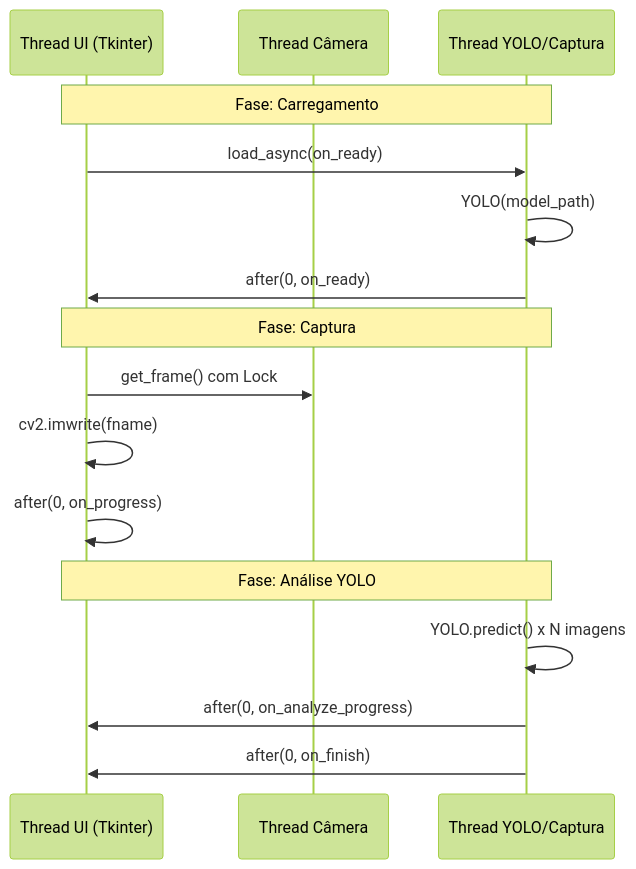
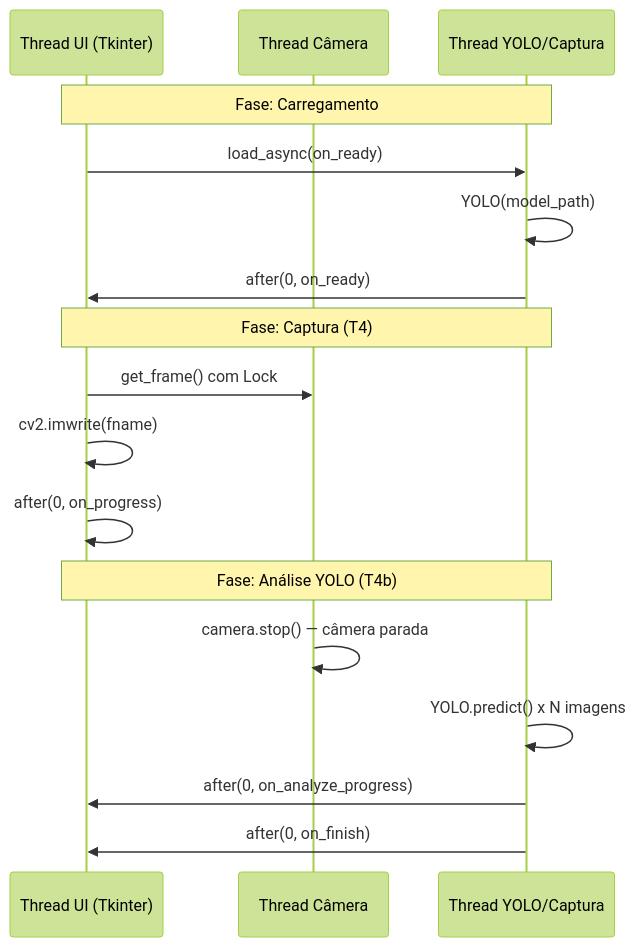
Before and after one commit to MYuri-beck/visual-detect: the eighth of 10 diagrams in docs/dev/MANUAL_TECNICO.md, drawn with Mermaid (forest theme). The commit also changed other lines of this file and 2 other files, not shown here.

````diff
--- a/docs/dev/MANUAL_TECNICO.md
+++ b/docs/dev/MANUAL_TECNICO.md
@@ -505,21 +581,22 @@
 ```mermaid
 sequenceDiagram
     participant UI as Thread UI (Tkinter)
     participant CT as Thread Câmera
     participant YT as Thread YOLO/Captura
 
     Note over UI,YT: Fase: Carregamento
     UI->>YT: load_async(on_ready)
     YT->>YT: YOLO(model_path)
     YT->>UI: after(0, on_ready)
 
-    Note over UI,YT: Fase: Captura
+    Note over UI,YT: Fase: Captura (T4)
     UI->>CT: get_frame() com Lock
     UI->>UI: cv2.imwrite(fname)
     UI->>UI: after(0, on_progress)
 
-    Note over UI,YT: Fase: Análise YOLO
+    Note over UI,YT: Fase: Análise YOLO (T4b)
+    CT->>CT: camera.stop() — câmera parada
     YT->>YT: YOLO.predict() x N imagens
     YT->>UI: after(0, on_analyze_progress)
     YT->>UI: after(0, on_finish)
 ```
````
